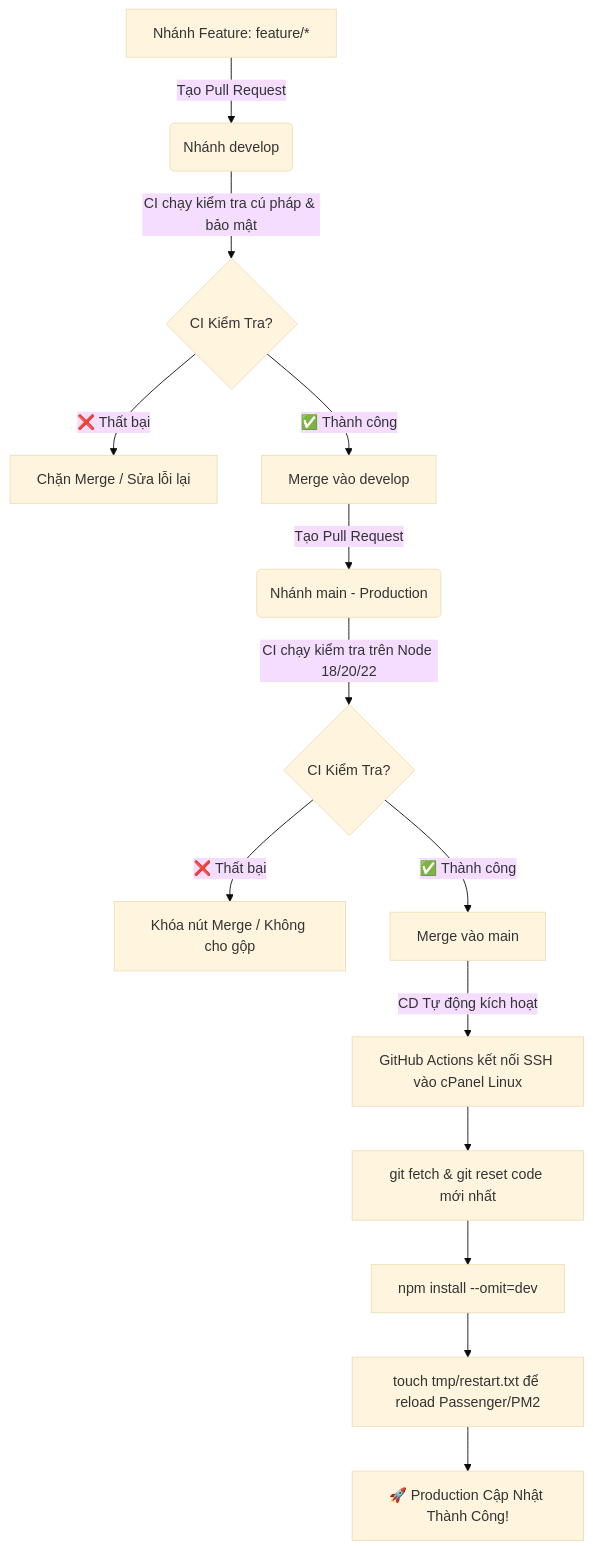
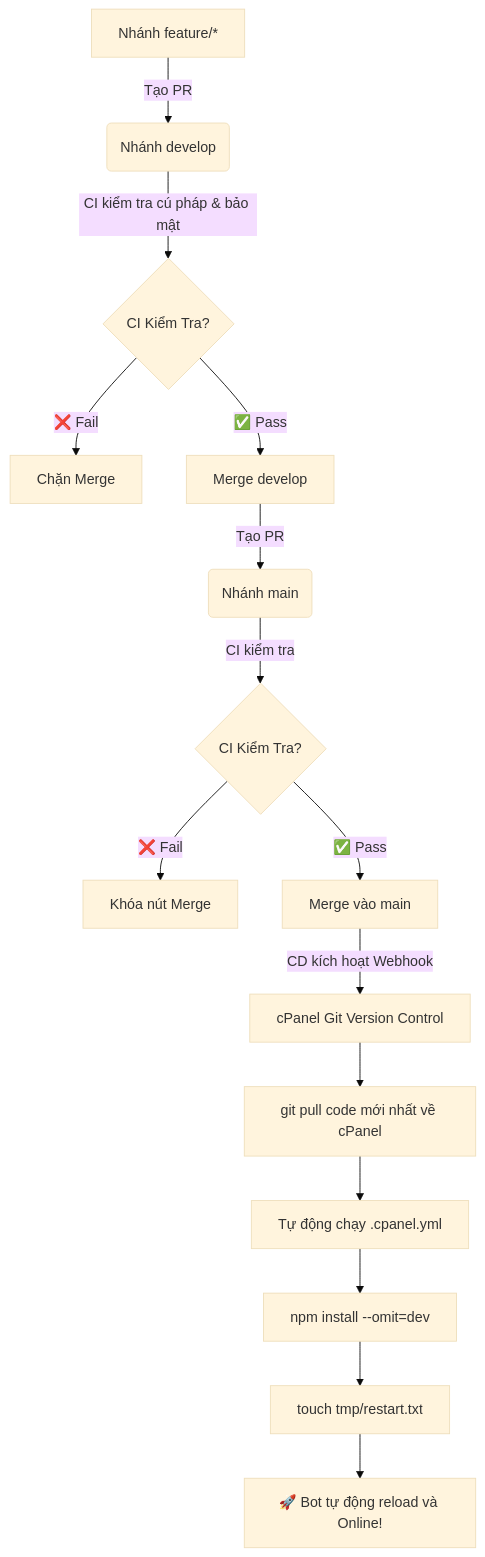
Before and after one commit to hoangbmt023/hoangnek_bot_discord: the diagram in docs/CICD_GUIDE.md, drawn with Mermaid (base theme). The commit also changed other lines of this file and 3 other files, not shown here.

Commit message:
fix(cpanel): update exact deploy path and add cpanel webhook trigger

````diff
--- a/docs/CICD_GUIDE.md
+++ b/docs/CICD_GUIDE.md
@@ -9,18 +9,19 @@
 ```mermaid
 graph TD
-    A[Nhánh Feature: feature/*] -->|Tạo Pull Request| B(Nhánh develop)
-    B -->|CI chạy kiểm tra cú pháp & bảo mật| C{CI Kiểm Tra?}
-    C -->|❌ Thất bại| D[Chặn Merge / Sửa lỗi lại]
-    C -->|✅ Thành công| E[Merge vào develop]
+    A[Nhánh feature/*] -->|Tạo PR| B(Nhánh develop)
+    B -->|CI kiểm tra cú pháp & bảo mật| C{CI Kiểm Tra?}
+    C -->|❌ Fail| D[Chặn Merge]
+    C -->|✅ Pass| E[Merge develop]
     
-    E -->|Tạo Pull Request| F(Nhánh main - Production)
-    F -->|CI chạy kiểm tra trên Node 18/20/22| G{CI Kiểm Tra?}
-    G -->|❌ Thất bại| H[Khóa nút Merge / Không cho gộp]
-    G -->|✅ Thành công| I[Merge vào main]
+    E -->|Tạo PR| F(Nhánh main)
+    F -->|CI kiểm tra| G{CI Kiểm Tra?}
+    G -->|❌ Fail| H[Khóa nút Merge]
+    G -->|✅ Pass| I[Merge vào main]
     
-    I -->|CD Tự động kích hoạt| J[GitHub Actions kết nối SSH vào cPanel Linux]
-    J --> K[git fetch & git reset code mới nhất]
-    K --> L[npm install --omit=dev]
-    L --> M[touch tmp/restart.txt để reload Passenger/PM2]
-    M --> N[🚀 Production Cập Nhật Thành Công!]
+    I -->|CD kích hoạt Webhook| J[cPanel Git Version Control]
+    J --> K[git pull code mới nhất về cPanel]
+    K --> L[Tự động chạy .cpanel.yml]
+    L --> M[npm install --omit=dev]
+    M --> N[touch tmp/restart.txt]
+    N --> O[🚀 Bot tự động reload và Online!]
 ```
````
